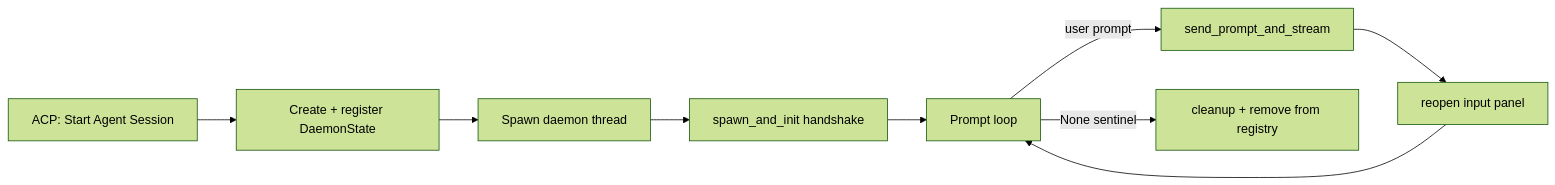
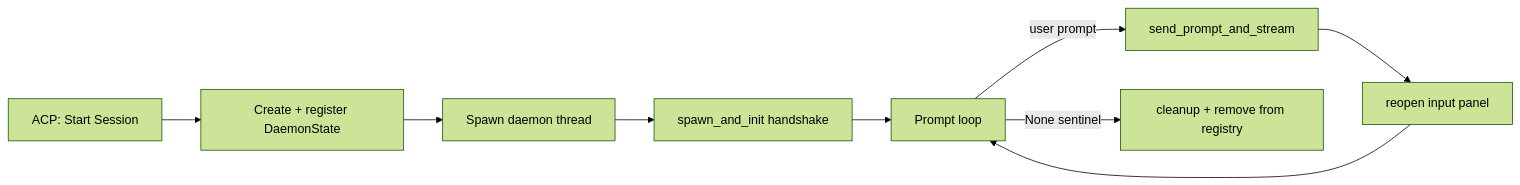
Before and after one commit to debjan/sublime-acp: the second of 2 diagrams in docs/daemon.md, drawn with Mermaid (forest theme). The commit also changed other lines of this file and 14 other files, not shown here.

````diff
--- a/docs/daemon.md
+++ b/docs/daemon.md
@@ -49,11 +49,11 @@
 ```mermaid
 flowchart LR
-    A[ACP: Start Agent Session] --> B[Create + register DaemonState]
+    A[ACP: Start Session] --> B[Create + register DaemonState]
     B --> C[Spawn daemon thread]
     C --> D[spawn_and_init handshake]
     D --> E[Prompt loop]
     E -->|user prompt| F[send_prompt_and_stream]
     F --> G[reopen input panel]
     G --> E
     E -->|None sentinel| H[cleanup + remove from registry]
 ```
````
